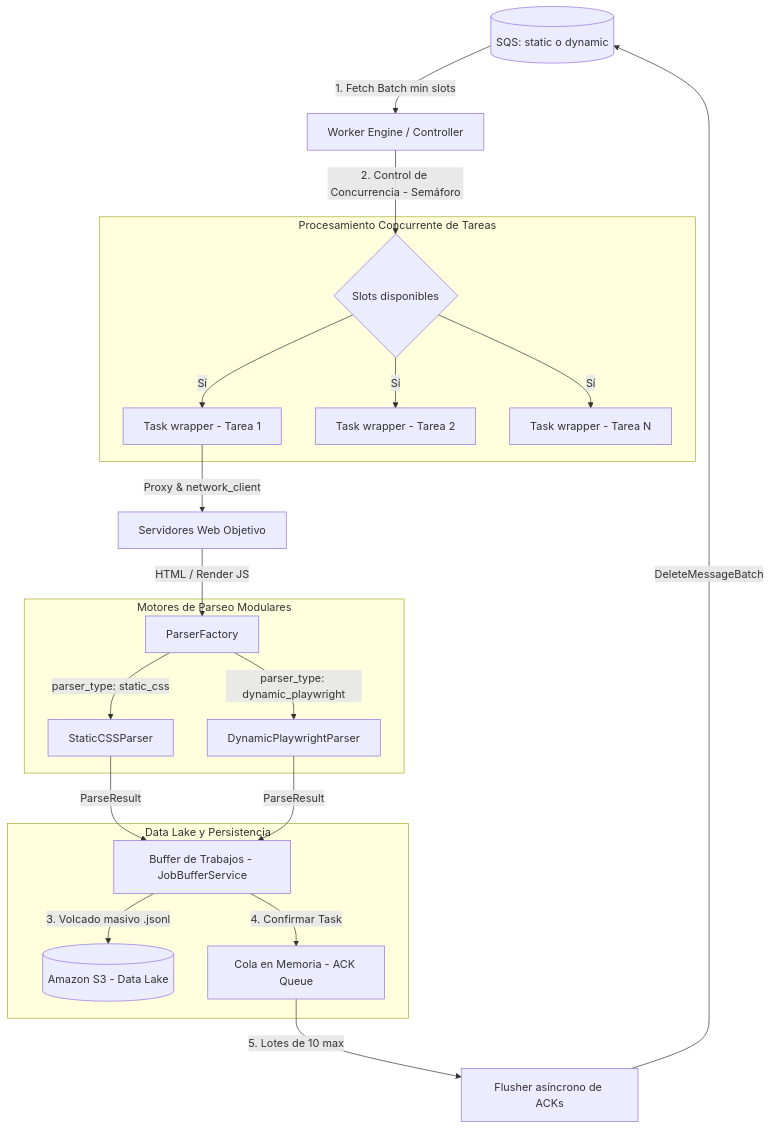
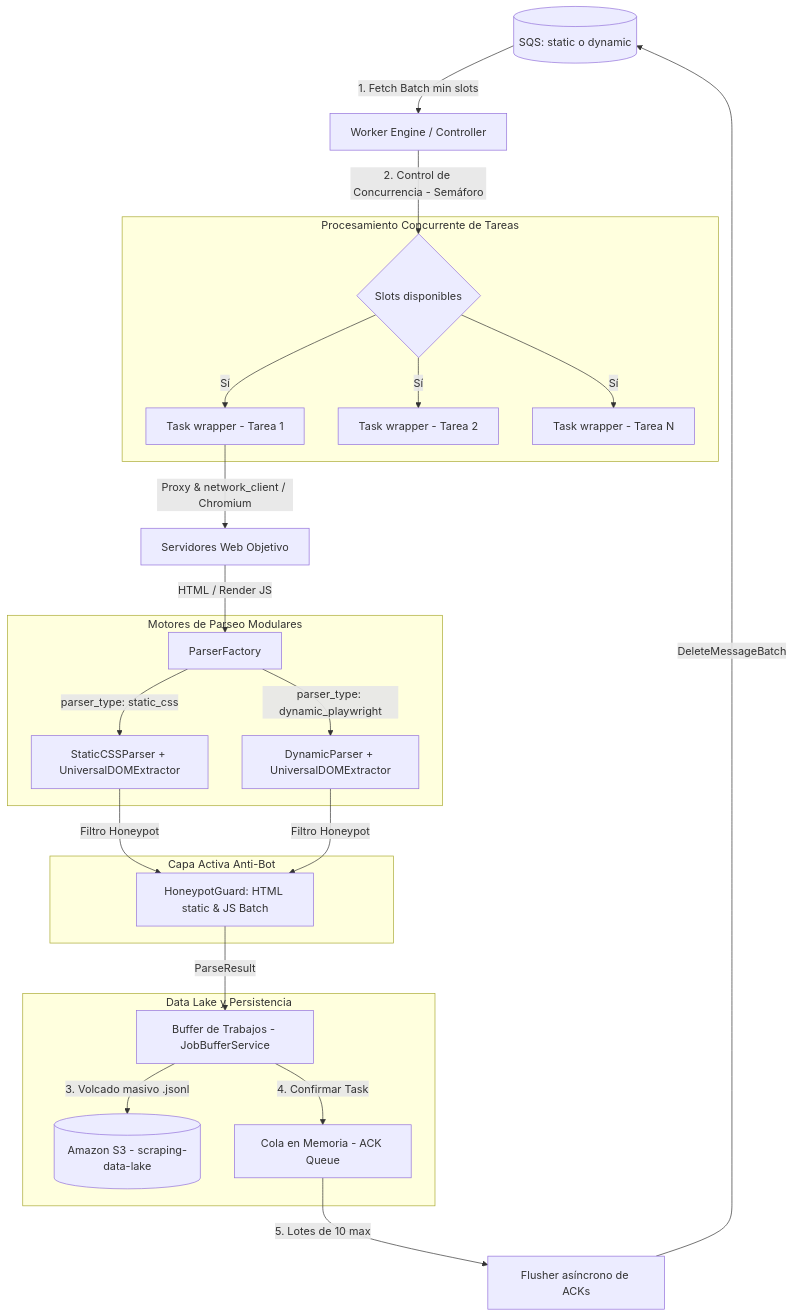
The first of 2 diagrams in worker/README.md (ArturoCarrilloJimenez/WebScrapingDistributed), drawn with Mermaid before and after one commit. The commit also changed other lines of this file and 12 other files, not shown here.

````diff
--- a/worker/README.md
+++ b/worker/README.md
@@ -11,30 +11,36 @@
 ```mermaid
 graph TD
     SQS[(SQS: static o dynamic)] -->|1. Fetch Batch min slots| Engine[Worker Engine / Controller]
     Engine -->|2. Control de Concurrencia - Semáforo| Semaphore{Slots disponibles}
     
     subgraph Procesamiento Concurrente de Tareas
         Semaphore -->|Sí| Task1[Task wrapper - Tarea 1]
         Semaphore -->|Sí| Task2[Task wrapper - Tarea 2]
         Semaphore -->|Sí| TaskN[Task wrapper - Tarea N]
     end
 
-    Task1 -->|Proxy & network_client| Web[Servidores Web Objetivo]
+    Task1 -->|Proxy & network_client / Chromium| Web[Servidores Web Objetivo]
     Web -->|HTML / Render JS| ParserFactory[ParserFactory]
     
-    subgraph Motores de Parseo Modulares
-        ParserFactory -->|parser_type: static_css| StaticCSS[StaticCSSParser]
-        ParserFactory -->|parser_type: dynamic_playwright| Playwright[DynamicPlaywrightParser]
+    subgraph Capa Activa Anti-Bot
+        Honeypot[HoneypotGuard: HTML static & JS Batch]
     end
 
-    StaticCSS -->|ParseResult| BufferService[Buffer de Trabajos - JobBufferService]
-    Playwright -->|ParseResult| BufferService
+    subgraph Motores de Parseo Modulares
+        ParserFactory -->|parser_type: static_css| StaticCSS[StaticCSSParser + UniversalDOMExtractor]
+        ParserFactory -->|parser_type: dynamic_playwright| Playwright[DynamicParser + UniversalDOMExtractor]
+    end
+
+    StaticCSS -->|Filtro Honeypot| Honeypot
+    Playwright -->|Filtro Honeypot| Honeypot
+
+    Honeypot -->|ParseResult| BufferService[Buffer de Trabajos - JobBufferService]
     
-    subgraph DL [Data Lake y Persistencia]
-        BufferService -->|3. Volcado masivo .jsonl| S3[(Amazon S3 - Data Lake)]
+    subgraph Data Lake y Persistencia
+        BufferService -->|3. Volcado masivo .jsonl| S3[(Amazon S3 - scraping-data-lake)]
         BufferService -->|4. Confirmar Task| MemoryQueue[Cola en Memoria - ACK Queue]
     end
 
     MemoryQueue -->|5. Lotes de 10 max| Flusher[Flusher asíncrono de ACKs]
     Flusher -->|DeleteMessageBatch| SQS
 ```
````
